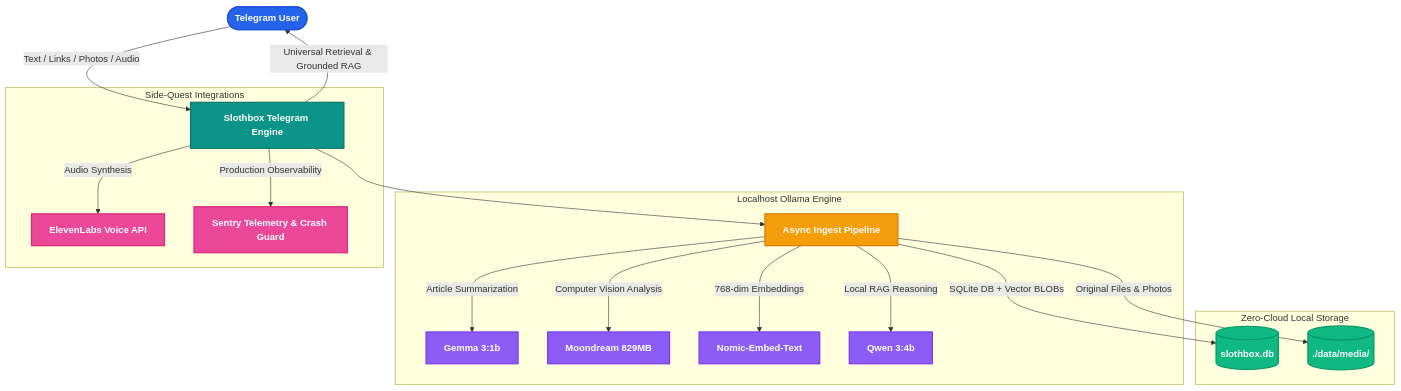
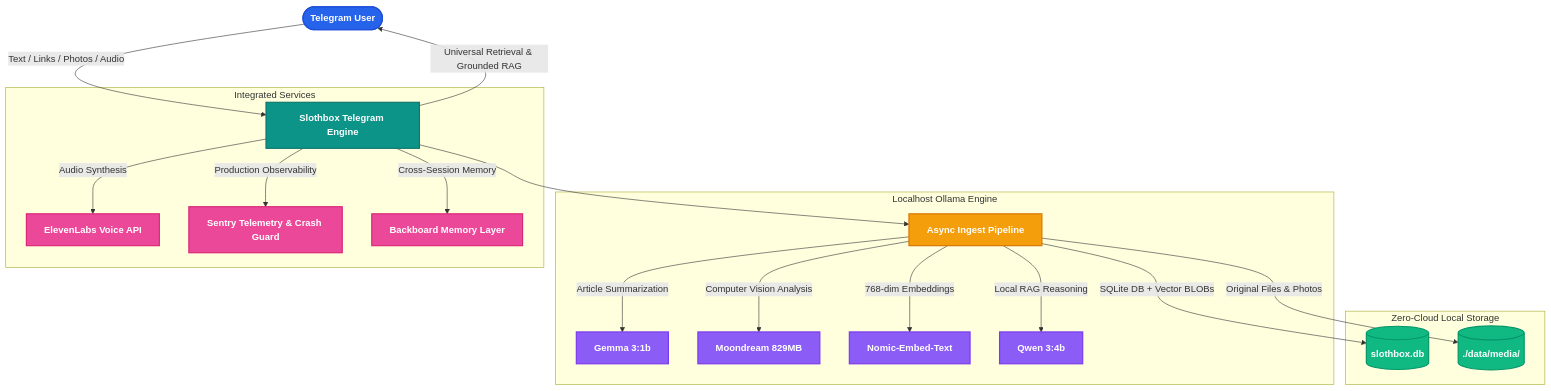
The diagram in README.md (TejasRawool186/Slothbox), drawn with Mermaid before and after one commit. The commit also changed other lines of this file and 2 other files, not shown here.

Commit message:
docs: integrate Backboard into architecture and technology ecosystem, removing side-quest terminology

````diff
--- a/README.md
+++ b/README.md
@@ -57,31 +57,32 @@
 ```mermaid
 graph TD
     classDef userClass fill:#2563EB,stroke:#1D4ED8,stroke-width:2px,color:#FFFFFF,font-weight:bold;
     classDef botClass fill:#0D9488,stroke:#0F766E,stroke-width:2px,color:#FFFFFF,font-weight:bold;
     classDef pipeClass fill:#F59E0B,stroke:#D97706,stroke-width:2px,color:#FFFFFF,font-weight:bold;
     classDef modelClass fill:#8B5CF6,stroke:#7C3AED,stroke-width:2px,color:#FFFFFF,font-weight:bold;
     classDef storageClass fill:#10B981,stroke:#059669,stroke-width:2px,color:#FFFFFF,font-weight:bold;
     classDef sideClass fill:#EC4899,stroke:#DB2777,stroke-width:2px,color:#FFFFFF,font-weight:bold;
 
     User([Telegram User]):::userClass -->|Text / Links / Photos / Audio| Bot[Slothbox Telegram Engine]:::botClass
     Bot --> Ingest[Async Ingest Pipeline]:::pipeClass
     
     subgraph Localhost Ollama Engine
         Ingest -->|Article Summarization| Gemma[Gemma 3:1b]:::modelClass
         Ingest -->|Computer Vision Analysis| Moondream[Moondream 829MB]:::modelClass
         Ingest -->|768-dim Embeddings| Nomic[Nomic-Embed-Text]:::modelClass
         Ingest -->|Local RAG Reasoning| Qwen[Qwen 3:4b]:::modelClass
     end
 
-    subgraph Side-Quest Integrations
+    subgraph Integrated Services
         Bot -->|Audio Synthesis| ElevenLabs[ElevenLabs Voice API]:::sideClass
         Bot -->|Production Observability| Sentry[Sentry Telemetry & Crash Guard]:::sideClass
+        Bot -->|Cross-Session Memory| Backboard[Backboard Memory Layer]:::sideClass
     end
 
     subgraph Zero-Cloud Local Storage
         Ingest -->|SQLite DB + Vector BLOBs| DB[(slothbox.db)]:::storageClass
         Ingest -->|Original Files & Photos| Media[(./data/media/)]:::storageClass
     end
 
     Bot -->|Universal Retrieval & Grounded RAG| User
 ```
````
